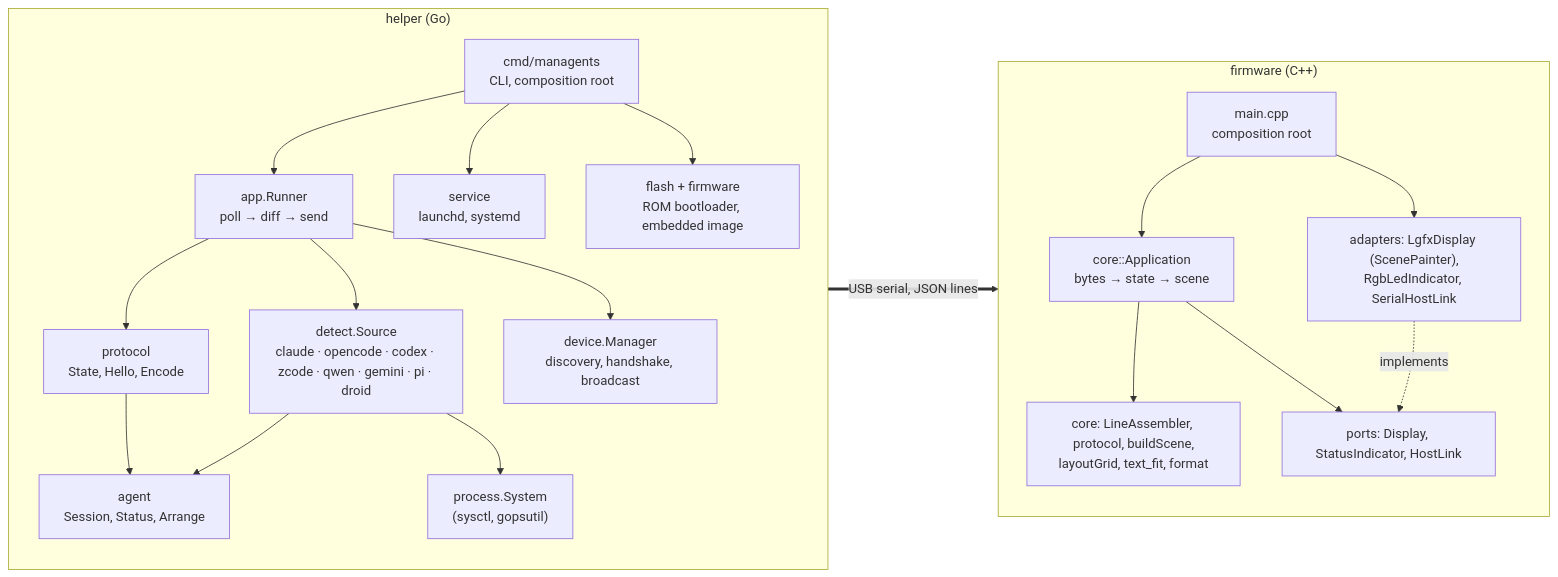
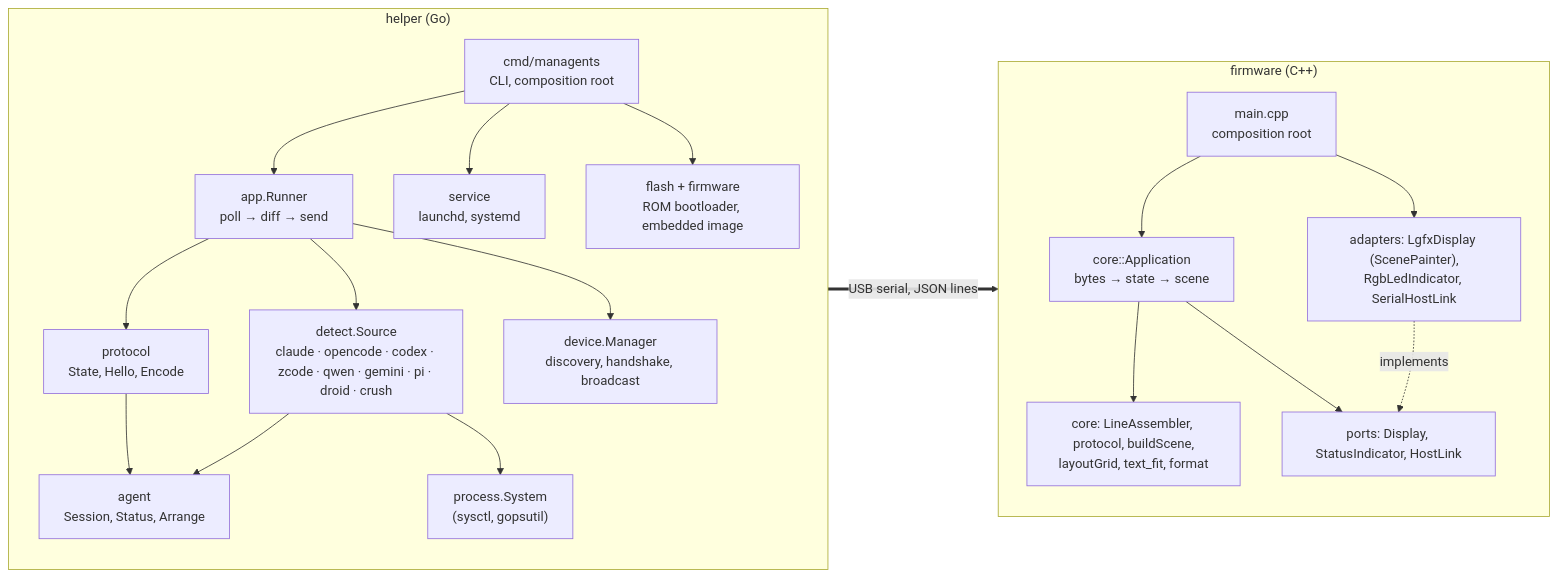
Before and after one commit to tonylook/managents: the first of 2 diagrams in docs/architecture.md, drawn with Mermaid. The commit also changed other lines of this file and 8 other files, not shown here.

````diff
--- a/docs/architecture.md
+++ b/docs/architecture.md
@@ -12,31 +12,31 @@
 ```mermaid
 flowchart LR
     subgraph helper["helper (Go)"]
         direction TB
         cmd["cmd/managents<br/>CLI, composition root"]
         appr["app.Runner<br/>poll → diff → send"]
-        detect["detect.Source<br/>claude · opencode · codex · zcode · qwen · gemini · pi · droid"]
+        detect["detect.Source<br/>claude · opencode · codex · zcode · qwen · gemini · pi · droid · crush"]
         agentd["agent<br/>Session, Status, Arrange"]
         proto["protocol<br/>State, Hello, Encode"]
         device["device.Manager<br/>discovery, handshake, broadcast"]
         procs["process.System<br/>(sysctl, gopsutil)"]
         svc["service<br/>launchd, systemd"]
         flash["flash + firmware<br/>ROM bootloader, embedded image"]
         cmd --> appr & svc & flash
         appr --> detect & proto & device
         detect --> agentd & procs
         proto --> agentd
     end
     subgraph firmware["firmware (C++)"]
         direction TB
         main["main.cpp<br/>composition root"]
         appc["core::Application<br/>bytes → state → scene"]
         corep["core: LineAssembler, protocol, buildScene,<br/>layoutGrid, text_fit, format"]
         ports["ports: Display, StatusIndicator, HostLink"]
         adapters["adapters: LgfxDisplay (ScenePainter),<br/>RgbLedIndicator, SerialHostLink"]
         main --> appc & adapters
         appc --> corep & ports
         adapters -. implements .-> ports
     end
     device == "USB serial, JSON lines" ==> main
 ```
````
